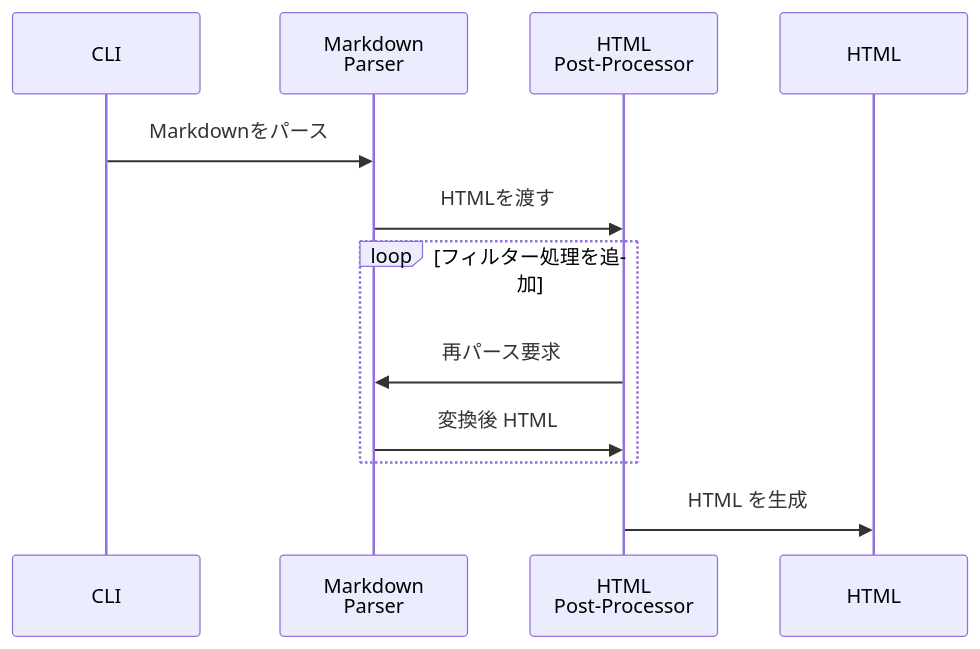
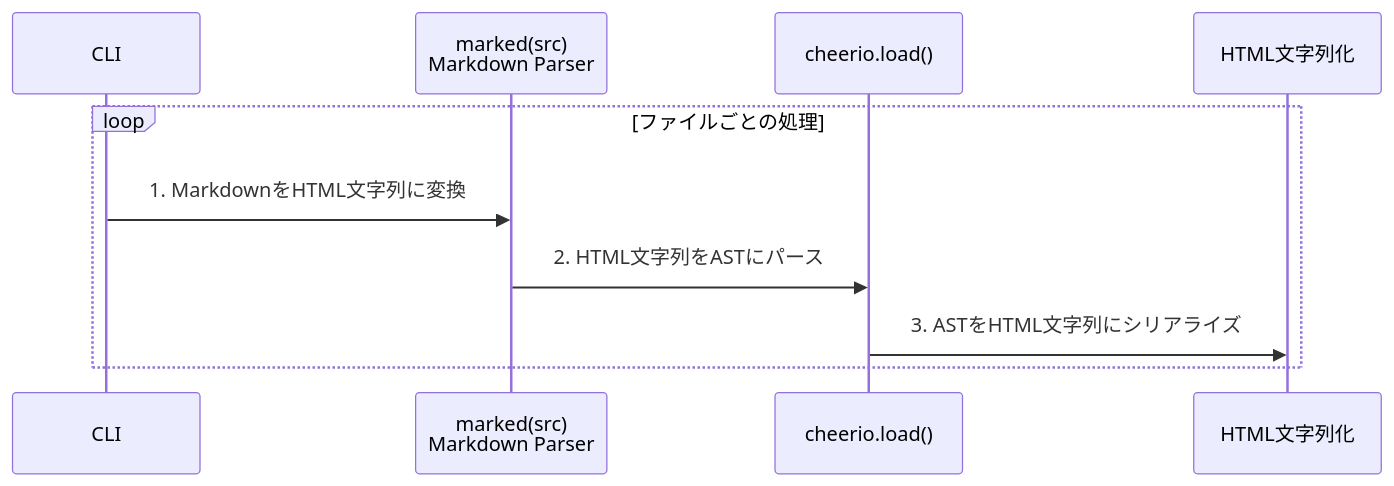
Before and after one commit to jp-knj/zenn: the first of 2 diagrams in articles/8c0236cfa7c726.md, drawn with Mermaid. The commit also changed other lines of this file, not shown here.

````diff
--- a/articles/8c0236cfa7c726.md
+++ b/articles/8c0236cfa7c726.md
@@ -21,15 +21,13 @@
 ```mermaid
 sequenceDiagram
-    participant CLI           as CLI
-    participant MParser       as Markdown<br/>Parser
-    participant HtmlFilter    as HTML<br/>Post-Processor
-    participant Output        as HTML
+    participant CLI
+    participant Marked    as marked(src)<br/>Markdown Parser
+    participant Cheerio   as cheerio.load()
+    participant Serializer  as HTML文字列化
 
-    CLI ->> MParser: Markdownをパース
-    MParser ->> HtmlFilter: HTMLを渡す
-    loop フィルター処理を追加
-        HtmlFilter ->> MParser: 再パース要求
-        MParser ->> HtmlFilter: 変換後 HTML
+    loop ファイルごとの処理
+        CLI         ->>Marked: 1. MarkdownをHTML文字列に変換
+        Marked      ->>Cheerio: 2. HTML文字列をASTにパース
+        Cheerio ->>Serializer: 3. ASTをHTML文字列にシリアライズ
     end
-    HtmlFilter ->> Output: HTML を生成
 ```
````
